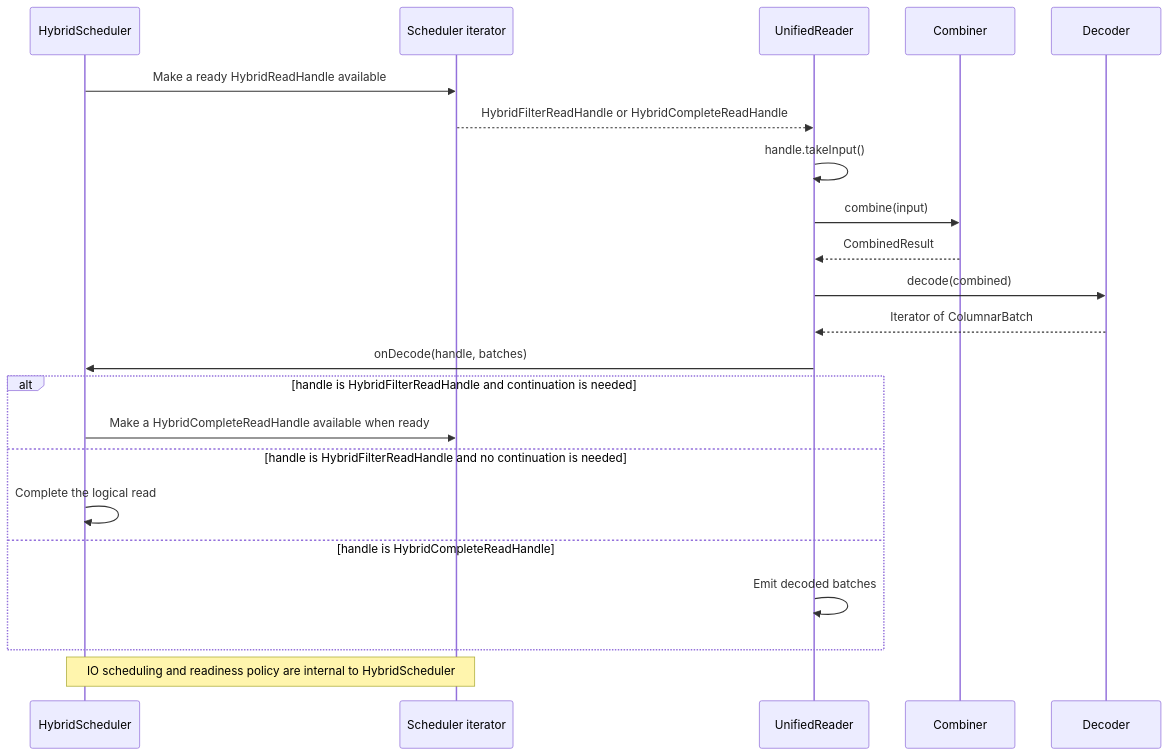
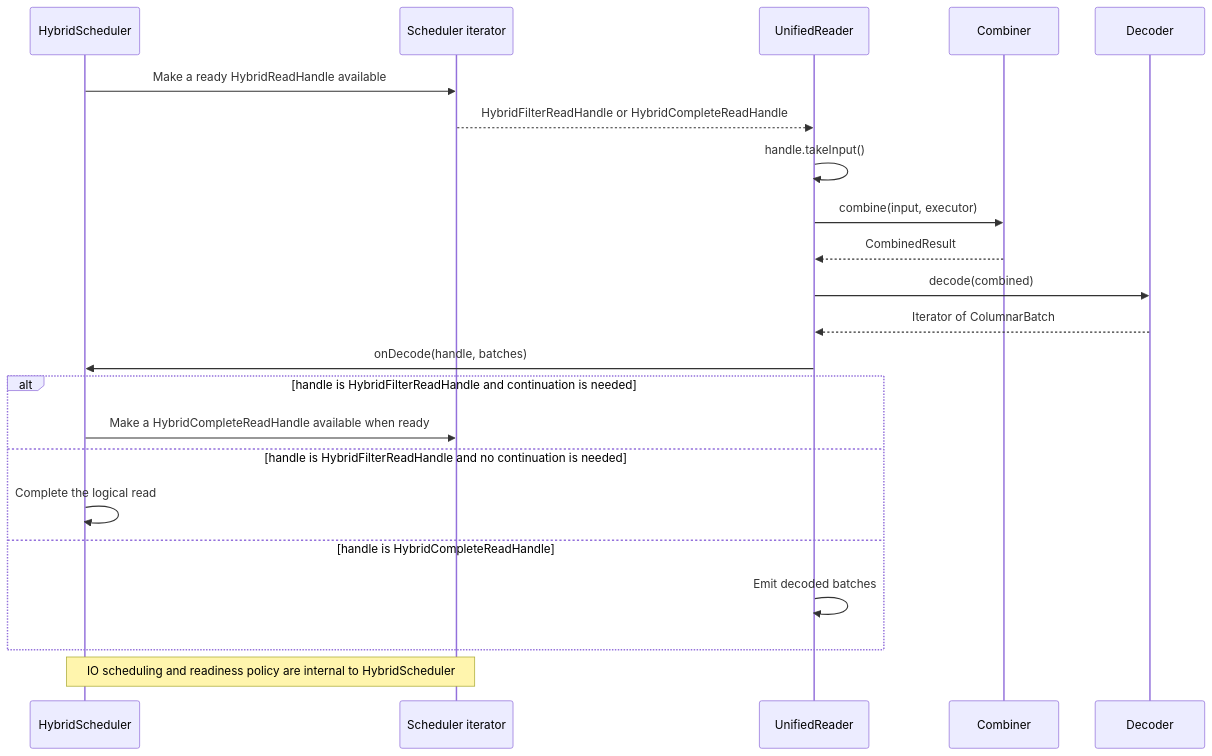
One commit to NVIDIA/cudf-spark changed the eighth of 8 diagrams in docs/rfc/rapids_table_scan_v2/design.md. Above: the diagram before and after it, drawn with Mermaid. The commit also changed other lines of this file, not shown here.

````diff
--- a/docs/rfc/rapids_table_scan_v2/design.md
+++ b/docs/rfc/rapids_table_scan_v2/design.md
@@ -638,27 +652,27 @@
 ```mermaid
 sequenceDiagram
   participant HS as HybridScheduler
   participant HI as Scheduler iterator
   participant UR as UnifiedReader
   participant C as Combiner
   participant D as Decoder
 
   HS->>HI: Make a ready HybridReadHandle available
   HI-->>UR: HybridFilterReadHandle or HybridCompleteReadHandle
   UR->>UR: handle.takeInput()
-  UR->>C: combine(input)
+  UR->>C: combine(input, executor)
   C-->>UR: CombinedResult
   UR->>D: decode(combined)
   D-->>UR: Iterator of ColumnarBatch
   UR->>HS: onDecode(handle, batches)
 
   alt handle is HybridFilterReadHandle and continuation is needed
     HS->>HI: Make a HybridCompleteReadHandle available when ready
   else handle is HybridFilterReadHandle and no continuation is needed
     HS->>HS: Complete the logical read
   else handle is HybridCompleteReadHandle
     UR->>UR: Emit decoded batches
   end
 
   Note over HS,HI: IO scheduling and readiness policy are internal to HybridScheduler
 ```
````
